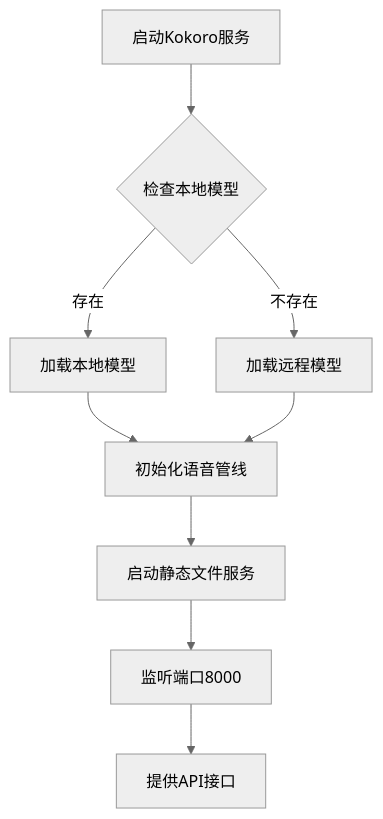
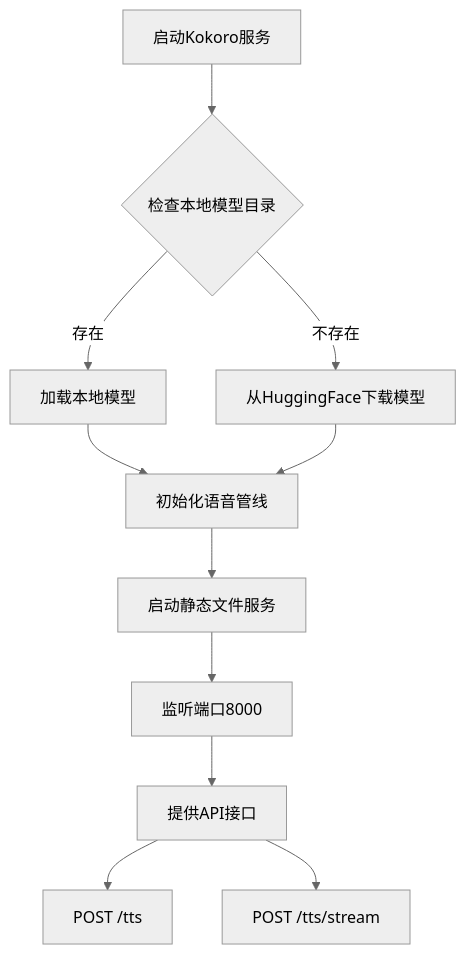
Before and after one commit to 1024dashen/Vue3Speech: the seventh of 14 diagrams in .qoder/repowiki/zh/content/后端服务架构/后端服务架构.md, drawn with Mermaid (neutral theme). The commit also changed other lines of this file and 5 other files, not shown here.

````diff
--- a/.qoder/repowiki/zh/content/后端服务架构/后端服务架构.md
+++ b/.qoder/repowiki/zh/content/后端服务架构/后端服务架构.md
@@ -436,11 +475,13 @@
 ```mermaid
 flowchart TD
-A[启动Kokoro服务] --> B{检查本地模型}
+A[启动Kokoro服务] --> B{检查本地模型目录}
 B --> |存在| C[加载本地模型]
-B --> |不存在| D[加载远程模型]
+B --> |不存在| D[从HuggingFace下载模型]
 C --> E[初始化语音管线]
 D --> E
 E --> F[启动静态文件服务]
 F --> G[监听端口8000]
 G --> H[提供API接口]
+H --> I[POST /tts]
+H --> J[POST /tts/stream]
 ```
````
